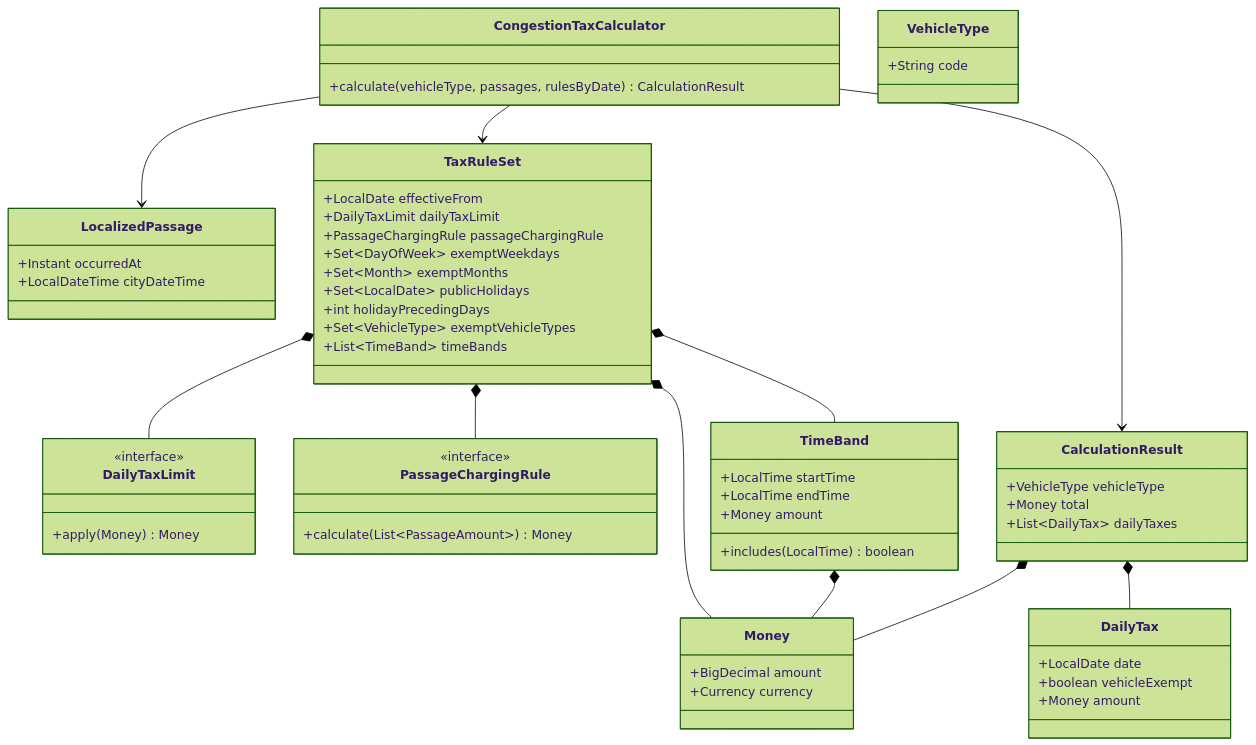
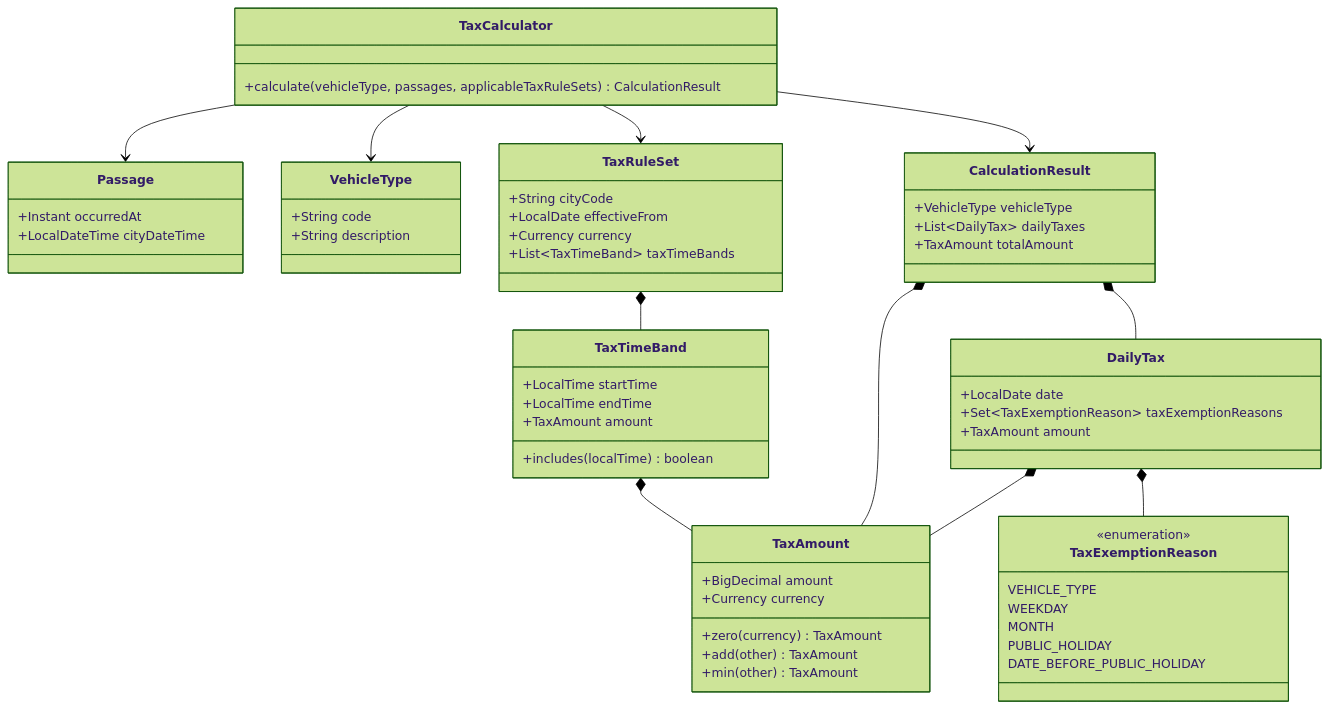
The diagram in docs/design/calculation.md (igrgin/congestion-tax-calculator), drawn with Mermaid (forest theme) before and after one commit. The commit also changed other lines of this file and 83 other files, not shown here.

First line of the commit message:
#3 Calculate one Passage from stored Tax Rules (#13)

````diff
--- a/docs/design/calculation.md
+++ b/docs/design/calculation.md
@@ -41,63 +85,70 @@
 ```mermaid
 classDiagram
-    class CongestionTaxCalculator {
-        +calculate(vehicleType, passages, rulesByDate) CalculationResult
+    class TaxCalculator {
+        +calculate(vehicleType, passages, applicableTaxRuleSets) CalculationResult
     }
-    class LocalizedPassage {
+
+    class Passage {
         +Instant occurredAt
         +LocalDateTime cityDateTime
     }
+
     class VehicleType {
         +String code
+        +String description
     }
+
     class TaxRuleSet {
+        +String cityCode
         +LocalDate effectiveFrom
-        +DailyTaxLimit dailyTaxLimit
-        +PassageChargingRule passageChargingRule
-        +Set~DayOfWeek~ exemptWeekdays
-        +Set~Month~ exemptMonths
-        +Set~LocalDate~ publicHolidays
-        +int holidayPrecedingDays
-        +Set~VehicleType~ exemptVehicleTypes
-        +List~TimeBand~ timeBands
+        +Currency currency
+        +List~TaxTimeBand~ taxTimeBands
     }
-    class DailyTaxLimit {
-        <<interface>>
-        +apply(Money) Money
-    }
-    class PassageChargingRule {
-        <<interface>>
-        +calculate(List~PassageAmount~) Money
-    }
-    class TimeBand {
+
+    class TaxTimeBand {
         +LocalTime startTime
         +LocalTime endTime
-        +Money amount
-        +includes(LocalTime) boolean
+        +TaxAmount amount
+        +includes(localTime) boolean
     }
-    class Money {
+
+    class TaxAmount {
         +BigDecimal amount
         +Currency currency
+        +zero(currency) TaxAmount
+        +add(other) TaxAmount
+        +min(other) TaxAmount
     }
+
+    class TaxExemptionReason {
+        <<enumeration>>
+        VEHICLE_TYPE
+        WEEKDAY
+        MONTH
+        PUBLIC_HOLIDAY
+        DATE_BEFORE_PUBLIC_HOLIDAY
+    }
+
     class DailyTax {
         +LocalDate date
-        +boolean vehicleExempt
-        +Money amount
+        +Set~TaxExemptionReason~ taxExemptionReasons
+        +TaxAmount amount
     }
+
     class CalculationResult {
         +VehicleType vehicleType
-        +Money total
         +List~DailyTax~ dailyTaxes
+        +TaxAmount totalAmount
     }
 
-    CongestionTaxCalculator --> LocalizedPassage
-    CongestionTaxCalculator --> TaxRuleSet
-    CongestionTaxCalculator --> CalculationResult
-    TaxRuleSet *-- TimeBand
-    TaxRuleSet *-- Money
-    TaxRuleSet *-- DailyTaxLimit
-    TaxRuleSet *-- PassageChargingRule
-    TimeBand *-- Money
+    TaxCalculator --> Passage
+    TaxCalculator --> VehicleType
+    TaxCalculator --> TaxRuleSet
+    TaxCalculator --> CalculationResult
+    TaxRuleSet *-- TaxTimeBand
+    TaxTimeBand *-- TaxAmount
     CalculationResult *-- DailyTax
-    CalculationResult *-- Money
+    CalculationResult *-- TaxAmount
+    DailyTax *-- TaxExemptionReason
+    DailyTax *-- TaxAmount
 ```
````
